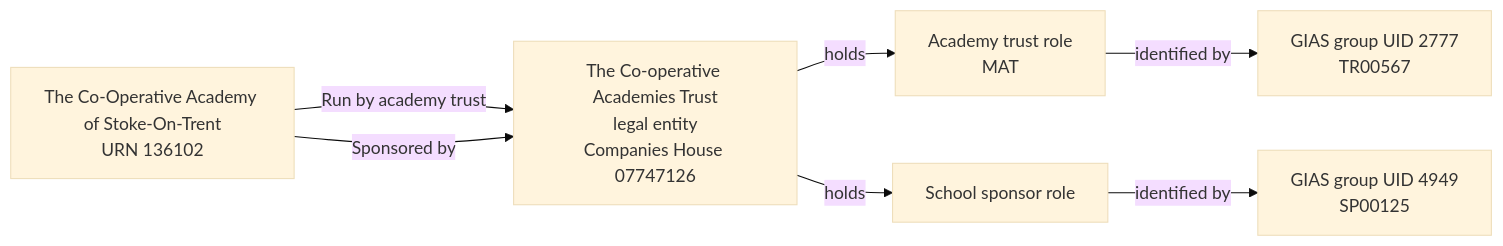
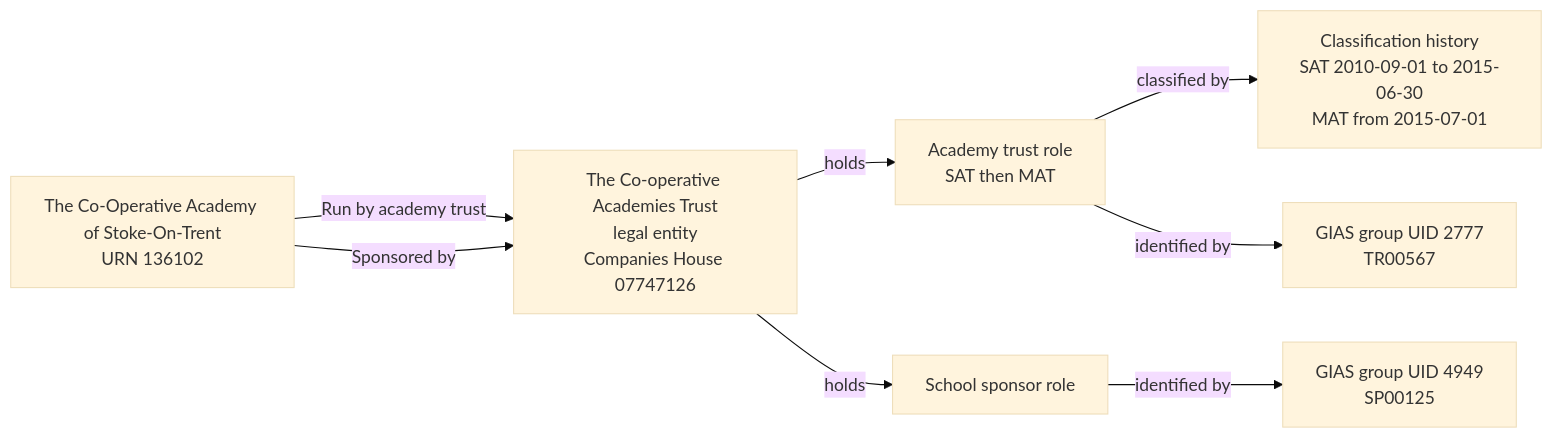
Before and after one commit to DFE-Digital/education-provider-registry-docs: the diagram in models/schema/establishment/cases/t1-urn-136102-co-operative-academy-stoke-on-trent.md, drawn with Mermaid (base theme). The commit also changed other lines of this file and 18 other files, not shown here.

Commit message:
refactor logical and schema

````diff
--- a/models/schema/establishment/cases/t1-urn-136102-co-operative-academy-stoke-on-trent.md
+++ b/models/schema/establishment/cases/t1-urn-136102-co-operative-academy-stoke-on-trent.md
@@ -27,16 +37,18 @@
 ```mermaid
 flowchart LR
     E["The Co-Operative Academy of Stoke-On-Trent<br/>URN 136102"]
     L["The Co-operative Academies Trust<br/>legal entity<br/>Companies House 07747126"]
-    M["Academy trust role<br/>MAT"]
+    M["Academy trust role<br/>SAT then MAT"]
+    T["Classification history<br/>SAT 2010-09-01 to 2015-06-30<br/>MAT from 2015-07-01"]
     S["School sponsor role"]
     MU["GIAS group UID 2777<br/>TR00567"]
     SU["GIAS group UID 4949<br/>SP00125"]
 
     E -->|"Run by academy trust"| L
     E -->|"Sponsored by"| L
     L -->|"holds"| M
+    M -->|"classified by"| T
     L -->|"holds"| S
     M -->|"identified by"| MU
     S -->|"identified by"| SU
 ```
````
